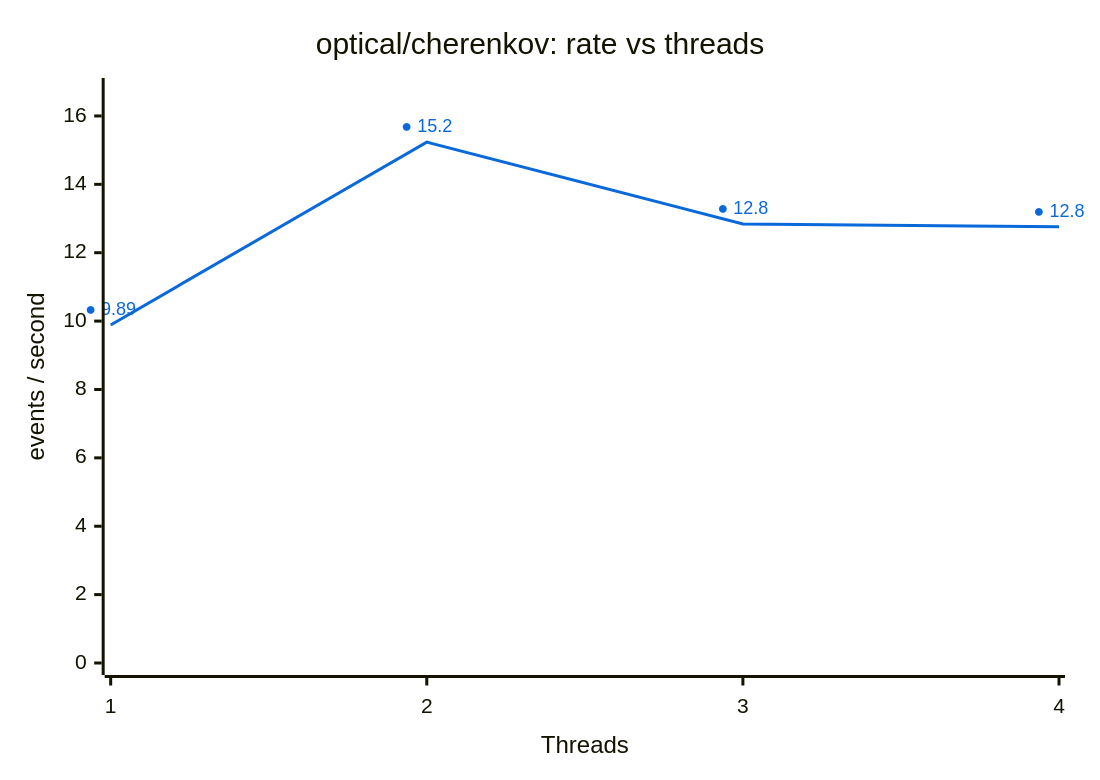
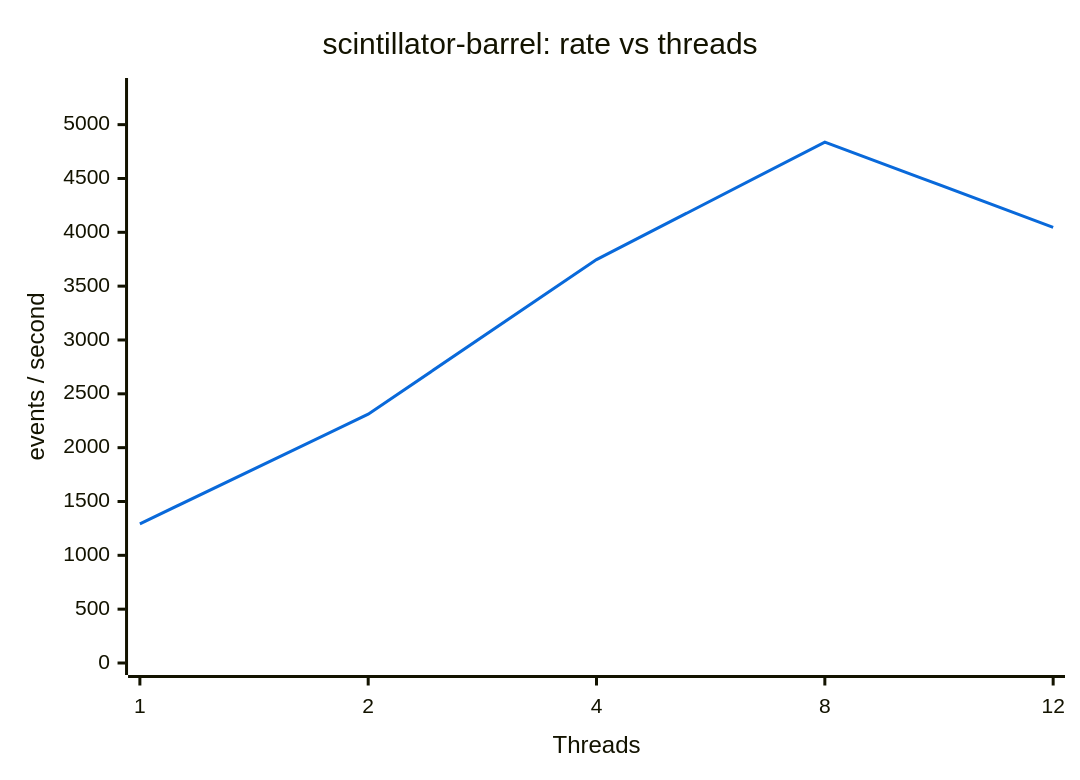
Before and after one commit to gemc/src: the diagram in README.md, drawn with Mermaid. The commit also changed other lines of this file and 4 other files, not shown here.

````diff
--- a/README.md
+++ b/README.md
@@ -119,16 +407,13 @@
 ```mermaid
 ---
 config:
-  themeCSS: |
-    .line-plot-0 .labels text:first-child { text-anchor: start; }
-    .line-plot-0 .labels text:last-child { text-anchor: end; }
   themeVariables:
     xyChart:
       plotColorPalette: "#0969da"
 ---
 xychart
-    title "optical/cherenkov: rate vs threads"
-    x-axis "Threads" [1, 2, 3, 4]
-    y-axis "events / second" 0 --> 16.759099
-    line [9.886637 "● 9.89", 15.235544 "● 15.2", 12.840606 "● 12.8", 12.75716 "● 12.8"]
+    title "scintillator-barrel: rate vs threads"
+    x-axis "Threads" [1, 2, 4, 8, 12]
+    y-axis "events / second" 0 --> 5321.6694
+    line [1292.8504, 2310.7704, 3746.4753, 4837.8813, 4045.9565]
 ```
````
